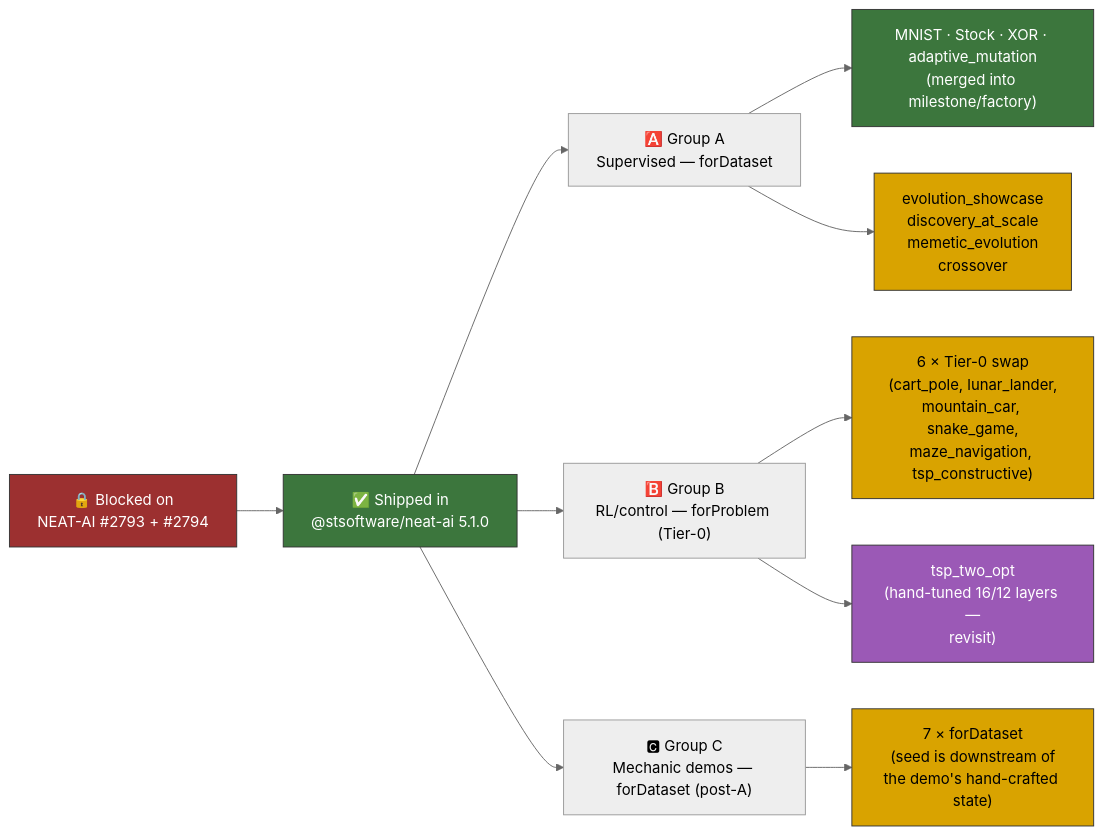
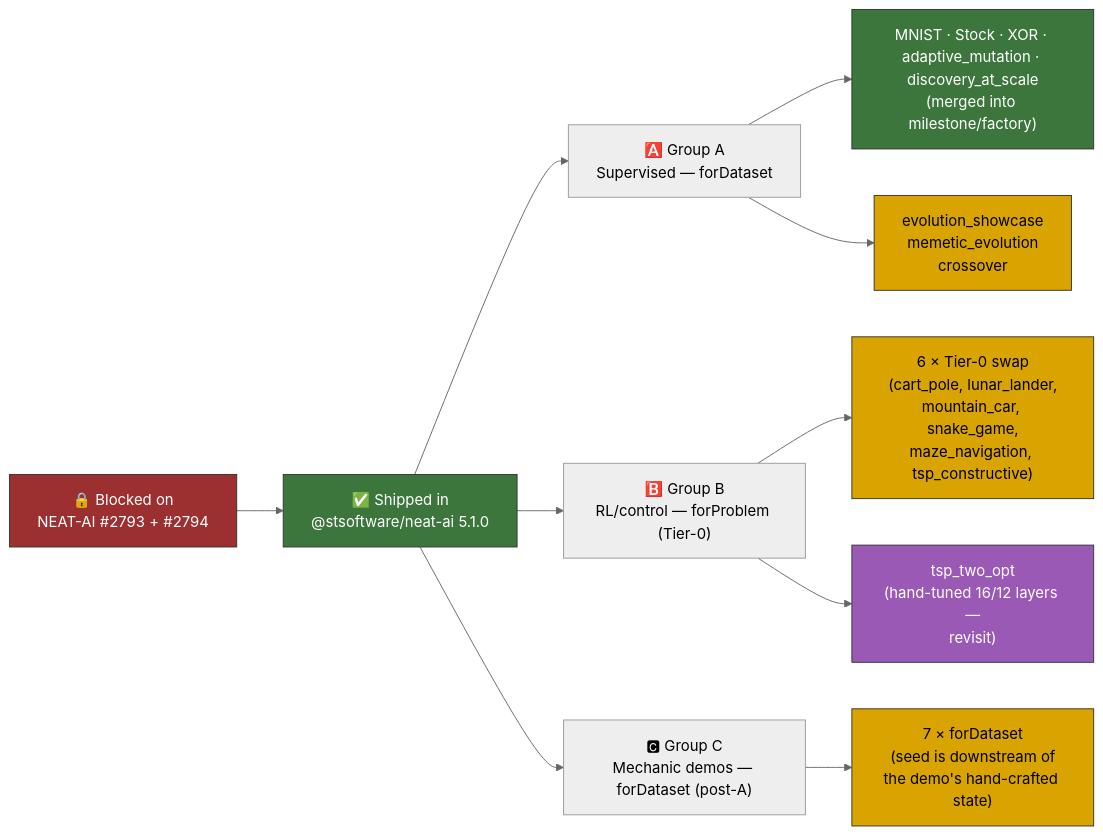
One commit to stSoftwareAU/NEAT-AI-Examples changed the diagram in docs/factory_adoption.md. Above: the diagram before and after it, drawn with Mermaid (neutral theme). The commit also changed other lines of this file and 7 other files, not shown here.

First line of the commit message:
discovery_at_scale: build the initial creature via the NEAT-AI factory (#535)

````diff
--- a/docs/factory_adoption.md
+++ b/docs/factory_adoption.md
@@ -107,23 +107,23 @@
 ```mermaid
 flowchart LR
     BLOCK["🔒 Blocked on<br/>NEAT-AI #2793 + #2794"] --> SHIP["✅ Shipped in<br/>@stsoftware/neat-ai 5.1.0"]
     SHIP --> A["🅰️ Group A<br/>Supervised — forDataset"]
     SHIP --> B["🅱️ Group B<br/>RL/control — forProblem (Tier-0)"]
     SHIP --> C["🅲 Group C<br/>Mechanic demos — forDataset (post-A)"]
 
-    A --> A_DONE["MNIST · Stock · XOR · adaptive_mutation<br/>(merged into milestone/factory)"]
-    A --> A_TODO["evolution_showcase<br/>discovery_at_scale<br/>memetic_evolution<br/>crossover"]
+    A --> A_DONE["MNIST · Stock · XOR · adaptive_mutation · discovery_at_scale<br/>(merged into milestone/factory)"]
+    A --> A_TODO["evolution_showcase<br/>memetic_evolution<br/>crossover"]
 
     B --> B_TIER0["6 × Tier-0 swap<br/>(cart_pole, lunar_lander,<br/>mountain_car, snake_game,<br/>maze_navigation, tsp_constructive)"]
     B --> B_DEFER["tsp_two_opt<br/>(hand-tuned 16/12 layers —<br/>revisit)"]
 
     C --> C_FORDATASET["7 × forDataset<br/>(seed is downstream of<br/>the demo's hand-crafted state)"]
 
     style BLOCK fill:#9c3030,stroke:#333,color:#fff
     style SHIP fill:#3c763d,stroke:#333,color:#fff
     style A_DONE fill:#3c763d,stroke:#333,color:#fff
     style A_TODO fill:#d9a300,stroke:#333,color:#000
     style B_TIER0 fill:#d9a300,stroke:#333,color:#000
     style B_DEFER fill:#9b59b6,stroke:#333,color:#fff
     style C_FORDATASET fill:#d9a300,stroke:#333,color:#000
 ```
````
